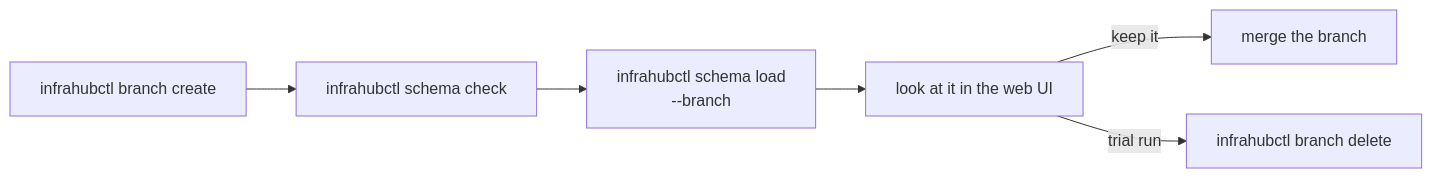
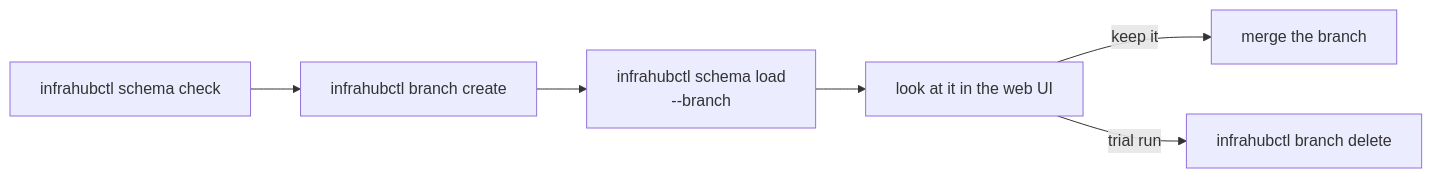
Before and after one commit to opsmill/infrahub-skills: the diagram in docs/docs/first-schema.mdx, drawn with Mermaid. The commit also changed other lines of this file and 6 other files, not shown here.

````diff
--- a/docs/docs/first-schema.mdx
+++ b/docs/docs/first-schema.mdx
@@ -122,9 +122,9 @@
 ```mermaid
 flowchart LR
-  create["infrahubctl branch create"] --> check["infrahubctl schema check"]
-  check --> load["infrahubctl schema load
+  check["infrahubctl schema check"] --> create["infrahubctl branch create"]
+  create --> load["infrahubctl schema load
 --branch"]
   load --> review["look at it in the web UI"]
   review -->|"keep it"| merge["merge the branch"]
   review -->|"trial run"| discard["infrahubctl branch delete"]
 ```
````
